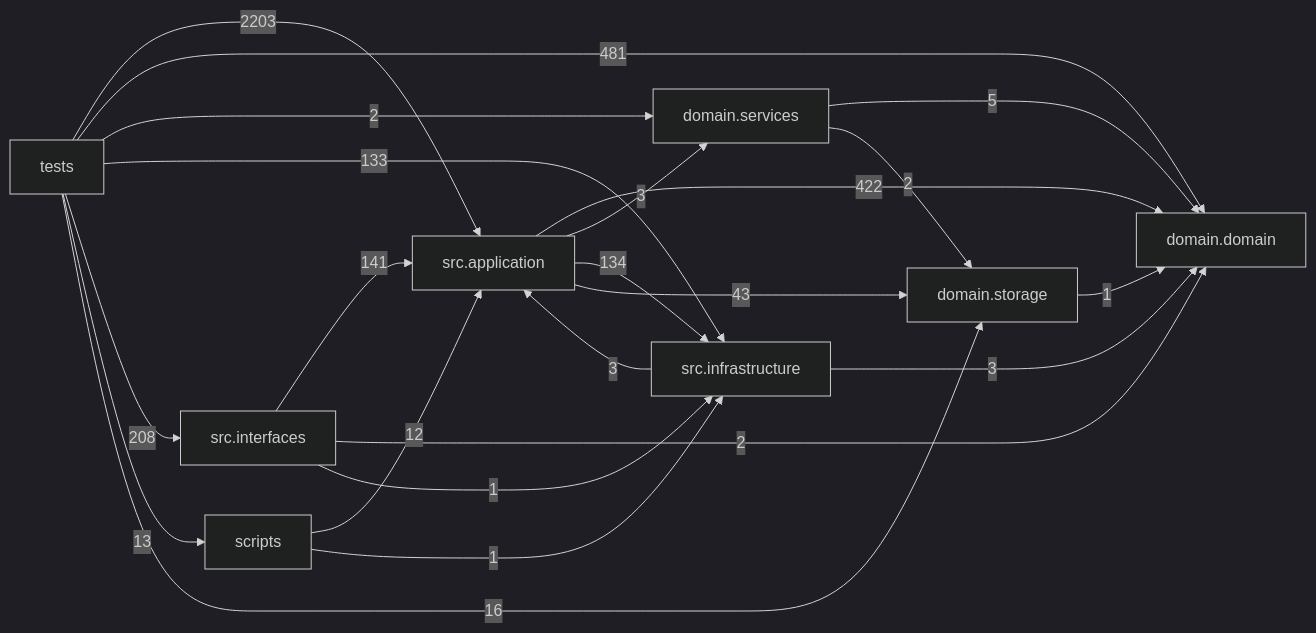
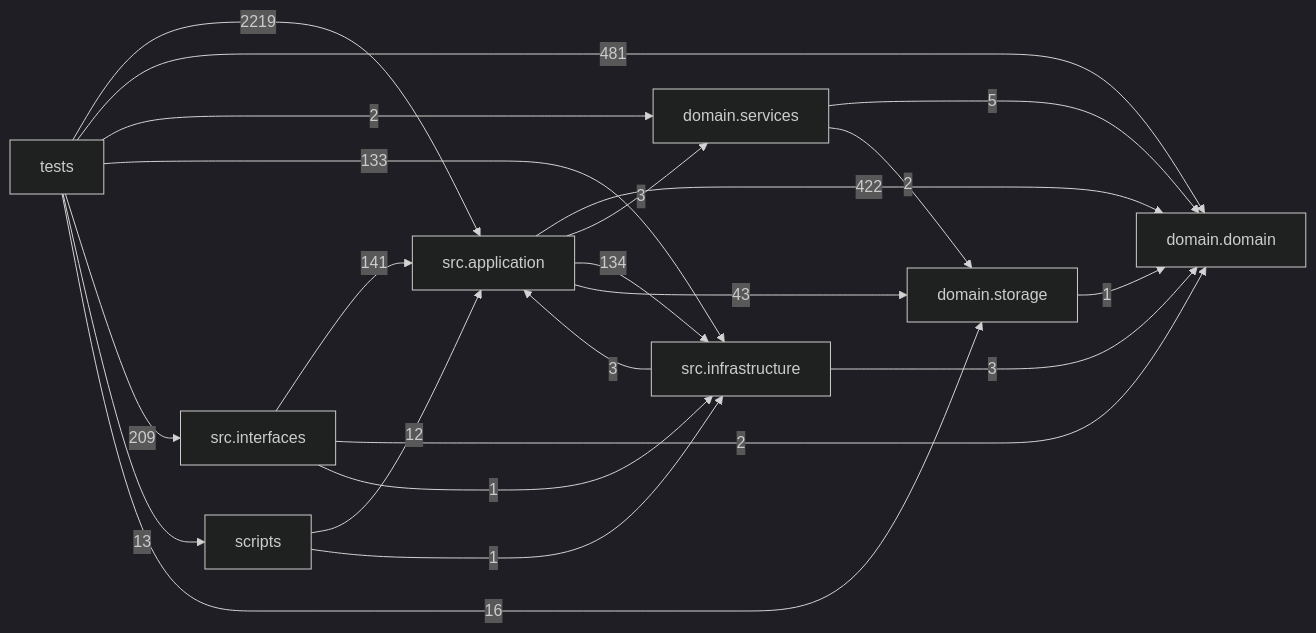
The diagram in docs/DEPENDENCY_GRAPH.md (liuxie066/options-monitor), drawn with Mermaid (dark theme) before and after one commit. The commit also changed other lines of this file and 6 other files, not shown here.

````diff
--- a/docs/DEPENDENCY_GRAPH.md
+++ b/docs/DEPENDENCY_GRAPH.md
@@ -24,32 +24,32 @@
 ```mermaid
 flowchart LR
   tests["tests"]
   scripts["scripts"]
   interfaces["src.interfaces"]
   application["src.application"]
   infrastructure["src.infrastructure"]
   domain_services["domain.services"]
   domain["domain.domain"]
   storage["domain.storage"]
   application -->|422| domain
   application -->|3| domain_services
   application -->|134| infrastructure
   application -->|43| storage
   domain_services -->|5| domain
   domain_services -->|2| storage
   infrastructure -->|3| application
   infrastructure -->|3| domain
   interfaces -->|141| application
   interfaces -->|2| domain
   interfaces -->|1| infrastructure
   scripts -->|12| application
   scripts -->|1| infrastructure
   storage -->|1| domain
-  tests -->|2203| application
+  tests -->|2219| application
   tests -->|481| domain
   tests -->|2| domain_services
   tests -->|133| infrastructure
-  tests -->|208| interfaces
+  tests -->|209| interfaces
   tests -->|13| scripts
   tests -->|16| storage
 ```
````
